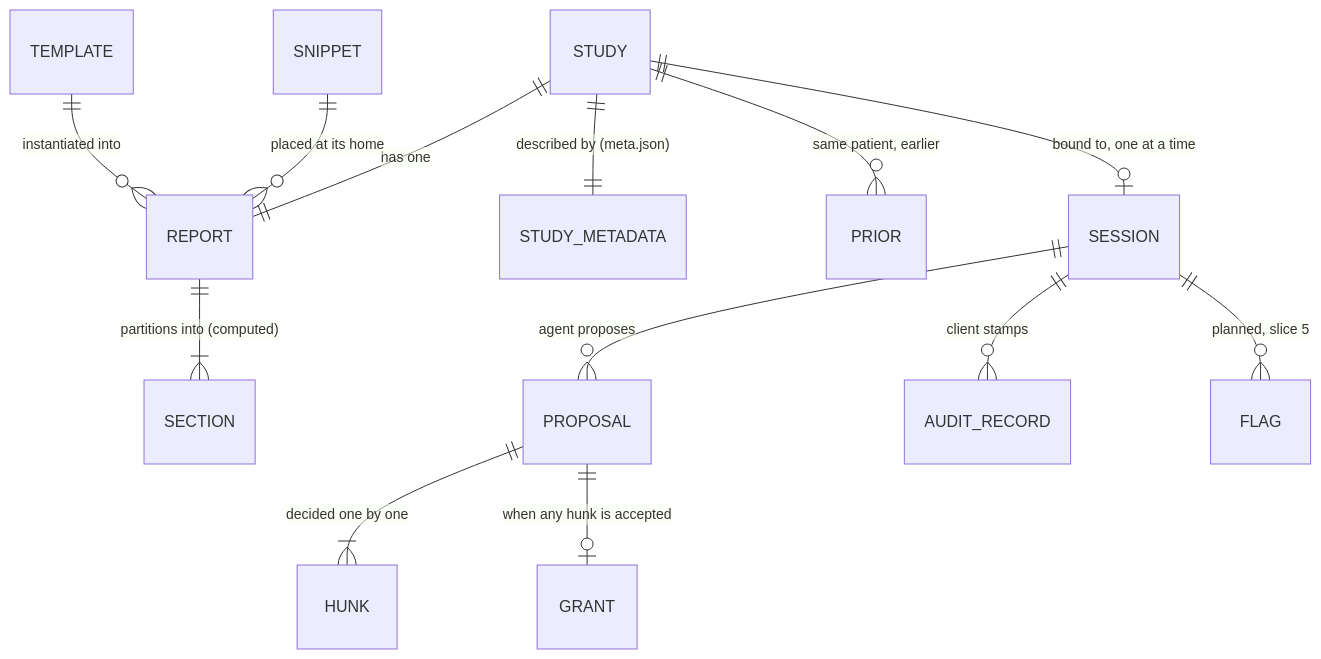
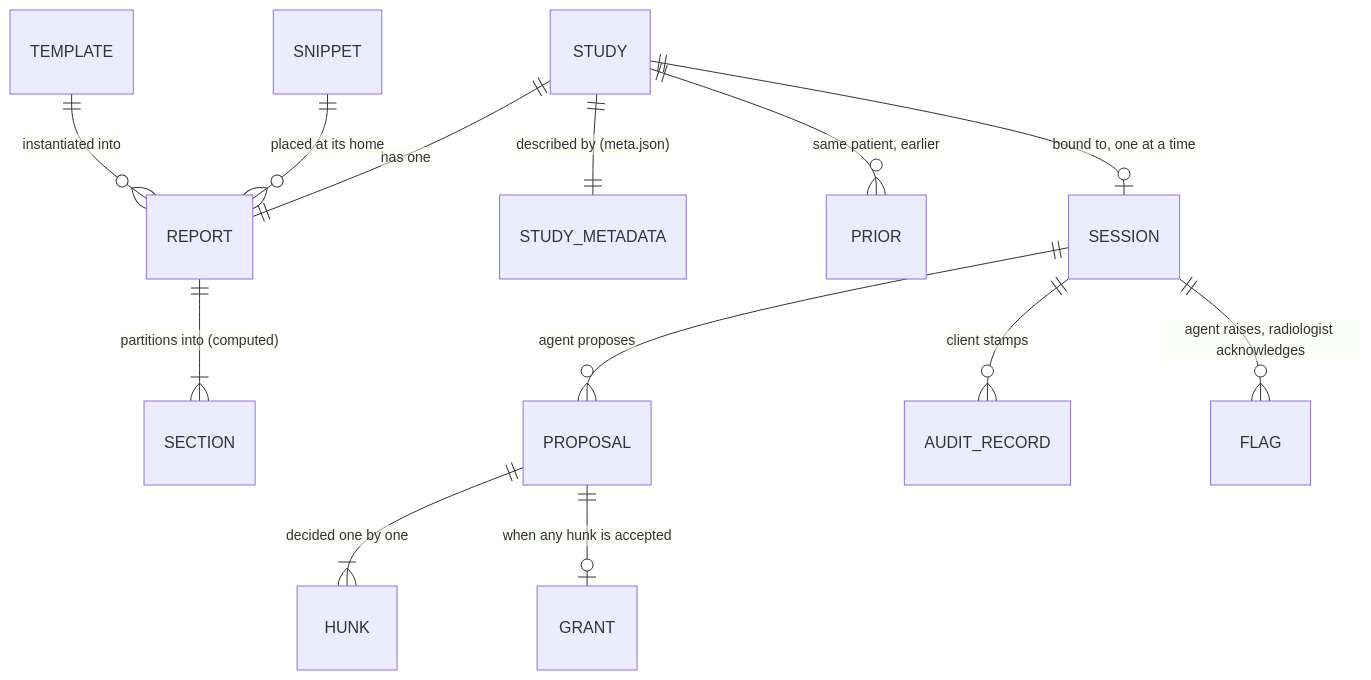
The second of 4 diagrams in docs/design/05-data-architecture.md (Lightbridge-KS/acp-rad-demo), drawn with Mermaid before and after one commit. The commit also changed other lines of this file and 7 other files, not shown here.

First line of the commit message:
docs: slice 5.6 — flag channel built; design/protocol/data docs, glossary, tracker synced

````diff
--- a/docs/design/05-data-architecture.md
+++ b/docs/design/05-data-architecture.md
@@ -84,15 +85,15 @@
 ```mermaid
 erDiagram
     STUDY ||--|| REPORT : "has one"
     STUDY ||--|| STUDY_METADATA : "described by (meta.json)"
     STUDY ||--o{ PRIOR : "same patient, earlier"
     STUDY ||--o| SESSION : "bound to, one at a time"
     REPORT ||--|{ SECTION : "partitions into (computed)"
     TEMPLATE ||--o{ REPORT : "instantiated into"
     SNIPPET ||--o{ REPORT : "placed at its home"
     SESSION ||--o{ PROPOSAL : "agent proposes"
     PROPOSAL ||--|{ HUNK : "decided one by one"
     PROPOSAL ||--o| GRANT : "when any hunk is accepted"
     SESSION ||--o{ AUDIT_RECORD : "client stamps"
-    SESSION ||--o{ FLAG : "planned, slice 5"
+    SESSION ||--o{ FLAG : "agent raises, radiologist acknowledges"
 ```
````
